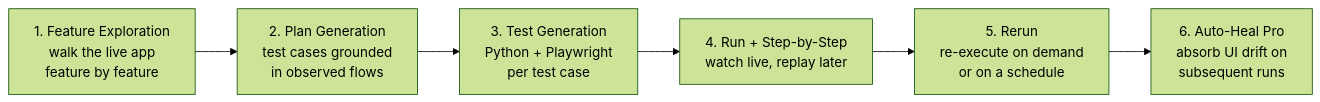
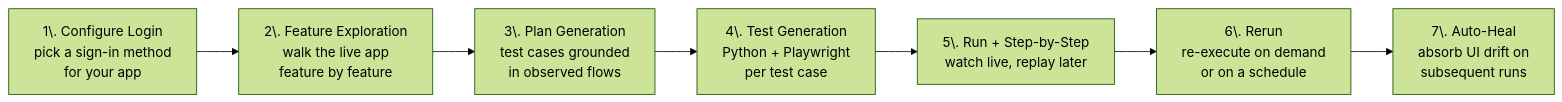
The diagram in web-portal/core/ui/ui-testing.mdx (TestSprite/Docs), drawn with Mermaid (forest theme) before and after one commit. The commit also changed other lines of this file and 357 other files, not shown here.

````diff
--- a/web-portal/core/ui/ui-testing.mdx
+++ b/web-portal/core/ui/ui-testing.mdx
@@ -29,11 +35,12 @@
 ```mermaid
 flowchart LR
-    A[1. Feature Exploration<br/>walk the live app<br/>feature by feature]
-    B[2. Plan Generation<br/>test cases grounded<br/>in observed flows]
-    C[3. Test Generation<br/>Python + Playwright<br/>per test case]
-    D[4. Run + Step-by-Step<br/>watch live, replay later]
-    E[5. Rerun<br/>re-execute on demand<br/>or on a schedule]
-    F[6. Auto-Heal Pro<br/>absorb UI drift on<br/>subsequent runs]
+    Z[1\. Configure Login<br/>pick a sign-in method<br/>for your app]
+    A[2\. Feature Exploration<br/>walk the live app<br/>feature by feature]
+    B[3\. Plan Generation<br/>test cases grounded<br/>in observed flows]
+    C[4\. Test Generation<br/>Python + Playwright<br/>per test case]
+    D[5\. Run + Step-by-Step<br/>watch live, replay later]
+    E[6\. Rerun<br/>re-execute on demand<br/>or on a schedule]
+    F[7\. Auto-Heal<br/>absorb UI drift on<br/>subsequent runs]
 
-    A --> B --> C --> D --> E --> F
+    Z --> A --> B --> C --> D --> E --> F
 ```
````
